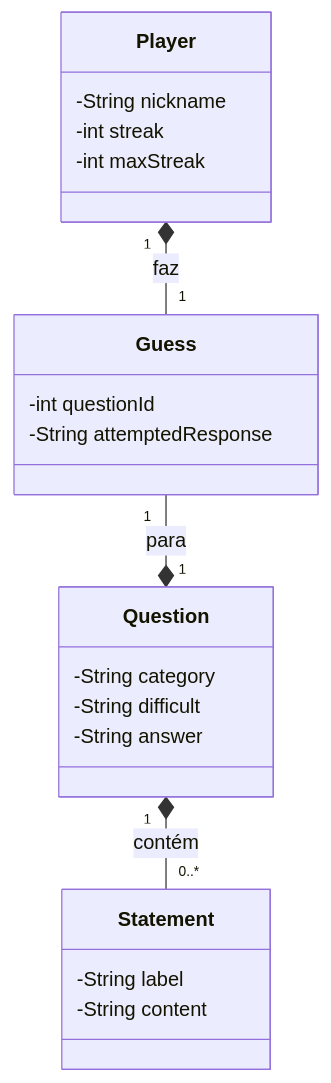
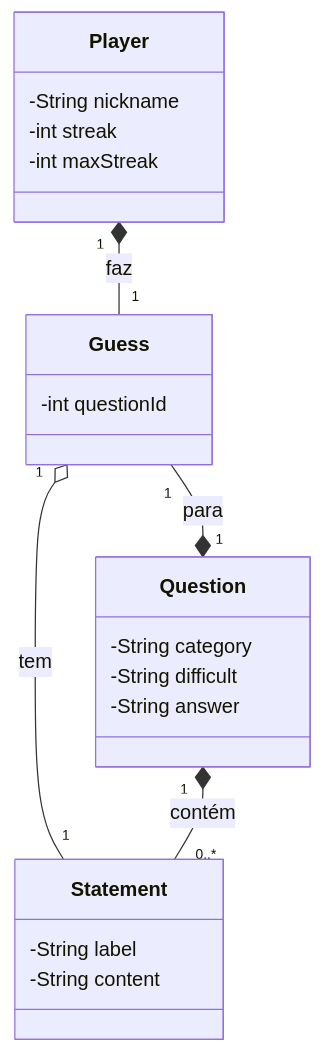
Before and after one commit to srSenhor/trilha-java-trivia-api: the diagram in README.md, drawn with Mermaid.

````diff
--- a/README.md
+++ b/README.md
@@ -12,28 +12,28 @@
 ```mermaid
 classDiagram
     class Player {
         -String nickname
         -int streak
         -int maxStreak
     }
 
     class Guess {
         -int questionId
-        -String attemptedResponse
     }
 
     class Question {
         -String category
         -String difficult
         -String answer
     }
 
     class Statement {
         -String label
         -String content
     }
 
     Player "1" *-- "1" Guess : faz
     Guess "1" --* "1" Question : para
+    Guess "1" o-- "1" Statement : tem
     Question "1" *-- "0..*" Statement : contém
 ```
````
